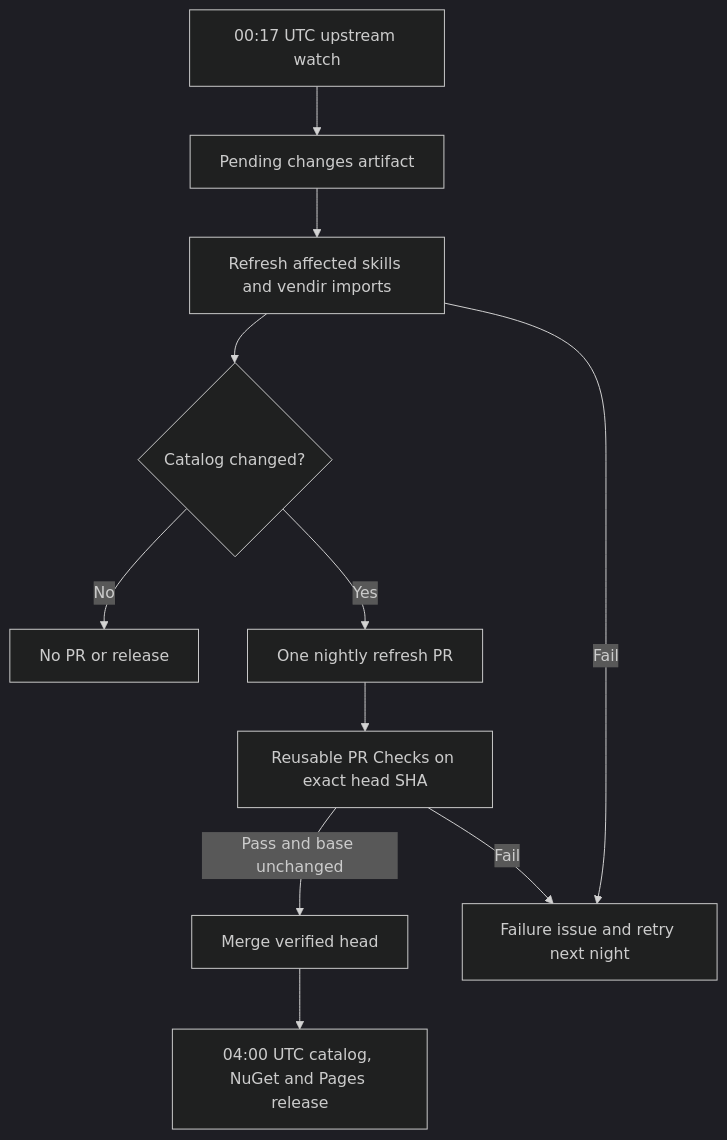
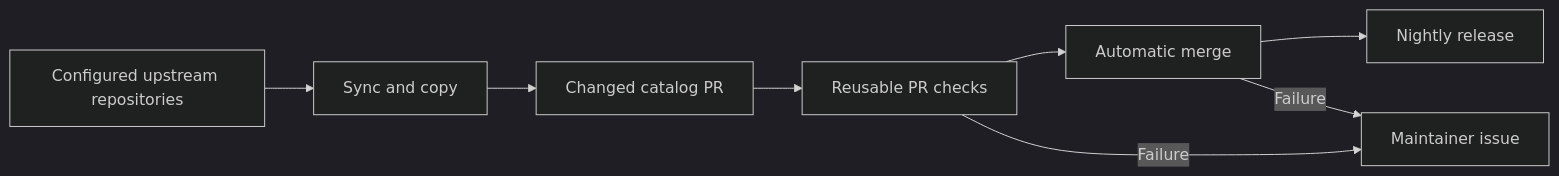
Before and after one commit to jianyuyanyu/dotnet-skills: the diagram in docs/nightly-refresh-plan.md, drawn with Mermaid (dark theme). The commit also changed other lines of this file and 8 other files, not shown here.

Commit message:
fix: synchronize nightly skills directly from upstream trees

````diff
--- a/docs/nightly-refresh-plan.md
+++ b/docs/nightly-refresh-plan.md
@@ -13,13 +11,10 @@
 ```mermaid
-flowchart TD
-  Watch[00:17 UTC upstream watch] --> Queue[Pending changes artifact]
-  Queue --> Refresh[Refresh affected skills and vendir imports]
-  Refresh --> Changed{Catalog changed?}
-  Changed -->|No| Quiet[No PR or release]
-  Changed -->|Yes| PR[One nightly refresh PR]
-  PR --> Checks[Reusable PR Checks on exact head SHA]
-  Checks -->|Pass and base unchanged| Merge[Merge verified head]
-  Checks -->|Fail| Failure[Failure issue and retry next night]
-  Refresh -->|Fail| Failure
-  Merge --> Release[04:00 UTC catalog, NuGet and Pages release]
+flowchart LR
+  Sources[Configured upstream repositories] --> Sync[Sync and copy]
+  Sync --> PR[Changed catalog PR]
+  PR --> Checks[Reusable PR checks]
+  Checks --> Merge[Automatic merge]
+  Merge --> Release[Nightly release]
+  Checks -->|Failure| Issue[Maintainer issue]
+  Merge -->|Failure| Issue
 ```
````
